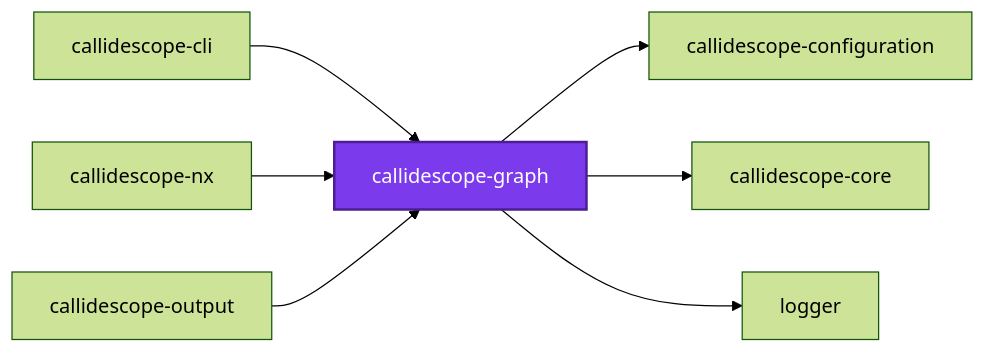
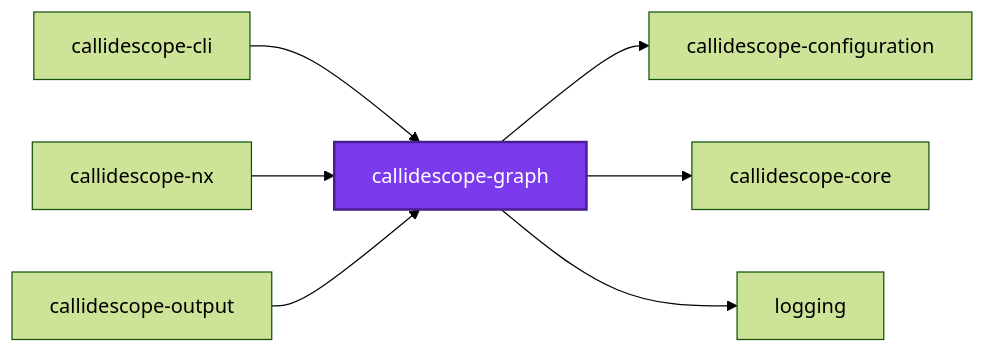
Before and after one commit to Organizzolini/codebase: the first of 3 diagrams in packages/ic-suite/callidescope/callidescope-graph/README.md, drawn with Mermaid (forest theme). The commit also changed other lines of this file and 555 other files, not shown here.

````diff
--- a/packages/ic-suite/callidescope/callidescope-graph/README.md
+++ b/packages/ic-suite/callidescope/callidescope-graph/README.md
@@ -237,18 +237,18 @@
 ```mermaid
 graph LR
   callidescope_cli["callidescope-cli"]
   callidescope_configuration["callidescope-configuration"]
   callidescope_core["callidescope-core"]
   callidescope_graph["callidescope-graph"]
   callidescope_nx["callidescope-nx"]
   callidescope_output["callidescope-output"]
-  logger["logger"]
+  logging["logging"]
   callidescope_cli --> callidescope_graph
   callidescope_graph --> callidescope_configuration
   callidescope_graph --> callidescope_core
-  callidescope_graph --> logger
+  callidescope_graph --> logging
   callidescope_nx --> callidescope_graph
   callidescope_output --> callidescope_graph
   classDef subject fill:#7c3aed,color:#fff,stroke:#4c1d95,stroke-width:2px
   class callidescope_graph subject
 ```
````
